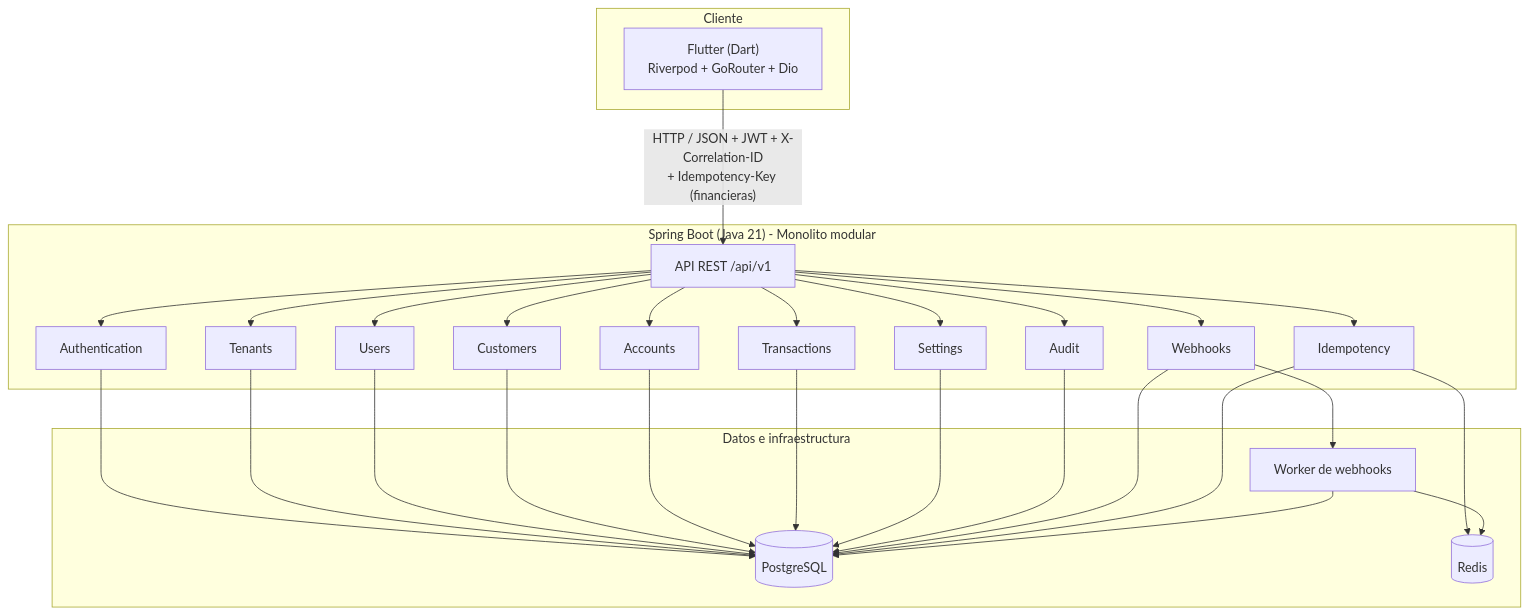
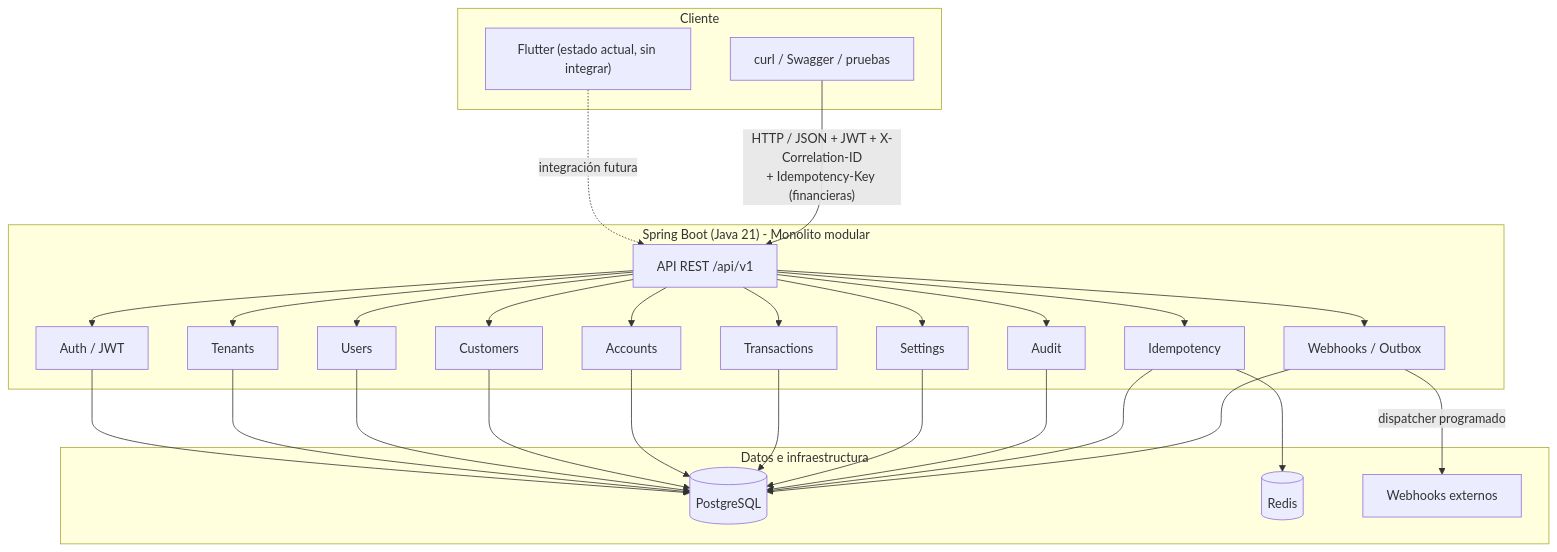
One commit to dilandcv/BankOs changed the first of 2 diagrams in docs/architecture/architecture-overview.md. Above: the diagram before and after it, drawn with Mermaid. The commit also changed other lines of this file and 163 other files, not shown here.

````diff
--- a/docs/architecture/architecture-overview.md
+++ b/docs/architecture/architecture-overview.md
@@ -19,52 +23,52 @@
 ```mermaid
 flowchart TB
     subgraph Client["Cliente"]
-        FL["Flutter (Dart)\nRiverpod + GoRouter + Dio"]
+        FL["Flutter (estado actual, sin integrar)"]
+        HTTP["curl / Swagger / pruebas"]
     end
 
     subgraph Backend["Spring Boot (Java 21) - Monolito modular"]
         API["API REST /api/v1"]
-        AUTH["Authentication"]
+        AUTH["Auth / JWT"]
         TEN["Tenants"]
         USR["Users"]
         CUS["Customers"]
         ACC["Accounts"]
         TRX["Transactions"]
         IDEM["Idempotency"]
         SET["Settings"]
         AUD["Audit"]
-        WH["Webhooks"]
+        WH["Webhooks / Outbox"]
         API --> AUTH
         API --> TEN
         API --> USR
         API --> CUS
         API --> ACC
         API --> TRX
         API --> IDEM
         API --> SET
         API --> AUD
         API --> WH
     end
 
     subgraph Data["Datos e infraestructura"]
         PG[(PostgreSQL)]
         RD[(Redis)]
-        WRK["Worker de webhooks"]
+        EXT["Webhooks externos"]
     end
 
-    FL -->|"HTTP / JSON + JWT + X-Correlation-ID\n+ Idempotency-Key (financieras)"| API
+    FL -.->|integración futura| API
+    HTTP -->|"HTTP / JSON + JWT + X-Correlation-ID\n+ Idempotency-Key (financieras)"| API
     AUTH --> PG
     TEN --> PG
     USR --> PG
     CUS --> PG
     ACC --> PG
     TRX --> PG
     SET --> PG
     AUD --> PG
+    IDEM --> PG
+    IDEM --> RD
     WH --> PG
-    IDEM --> RD
-    IDEM --> PG
-    WH --> WRK
-    WRK --> RD
-    WRK --> PG
+    WH -->|dispatcher programado| EXT
 ```
````
